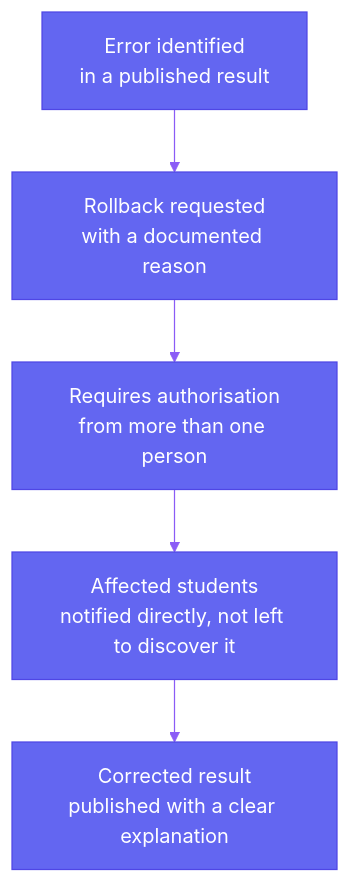
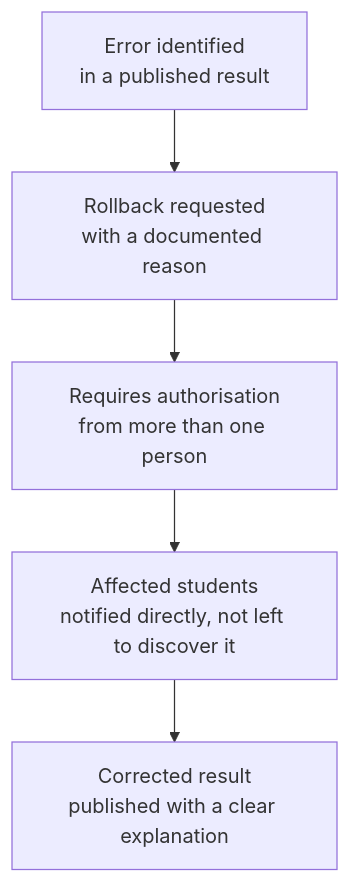
Before and after one commit to aashrutsharma/whitepaper: the diagram in operations/the-safety-levers-behind-every-round.mdx, drawn with Mermaid. The commit also changed 1 other file, not shown here.

Commit message:
Updated mintlify pages
- Updated operations/how-a-dispute-actually-gets-resolved.mdx
- Updated operations/the-safety-levers-behind-every-round.mdx
- Updated getting-started/overview.mdx
- Updated getting-started/news-stand.mdx

Mintlify-Source: dashboard-editor

````diff
--- a/operations/the-safety-levers-behind-every-round.mdx
+++ b/operations/the-safety-levers-behind-every-round.mdx
@@ -25,18 +25,8 @@
 ```mermaid
-%%{init: {
-  'theme': 'base',
-  'themeVariables': {
-    'primaryColor': '#6366f1',
-    'primaryTextColor': '#ffffff',
-    'primaryBorderColor': '#4f46e5',
-    'lineColor': '#8b5cf6',
-    'background': 'transparent',
-    'fontFamily': 'Inter, sans-serif'
-  }
-}}%%
+
 flowchart TD
     A[Error identified\nin a published result] --> B[Rollback requested\nwith a documented reason]
     B --> C[Requires authorisation\nfrom more than one person]
     C --> D[Affected students\nnotified directly, not left to discover it]
     D --> E[Corrected result\npublished with a clear explanation]
 ```
````
